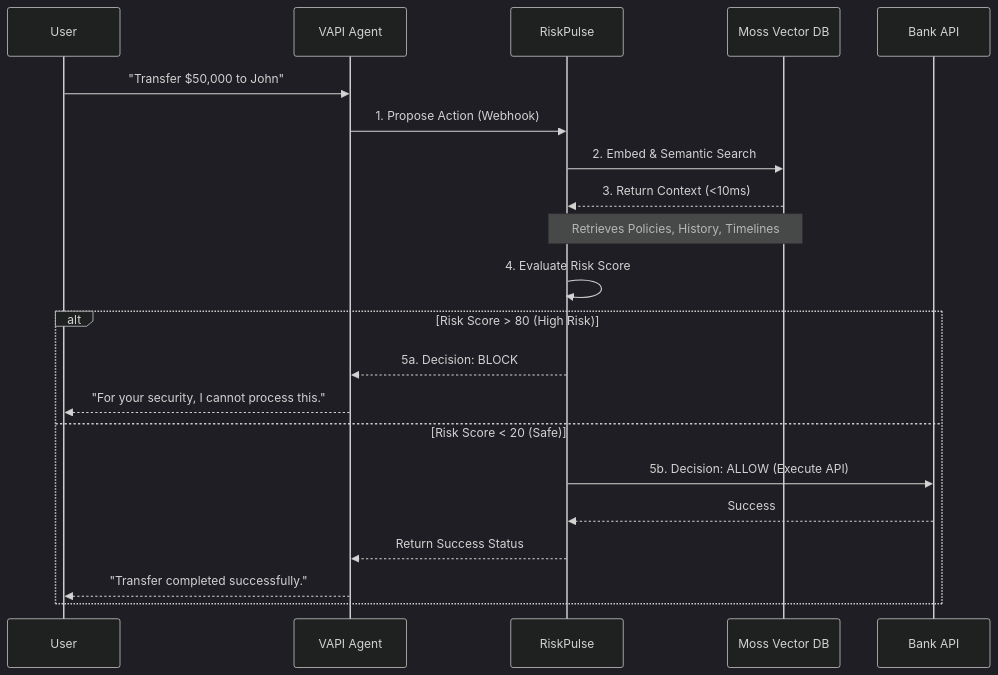
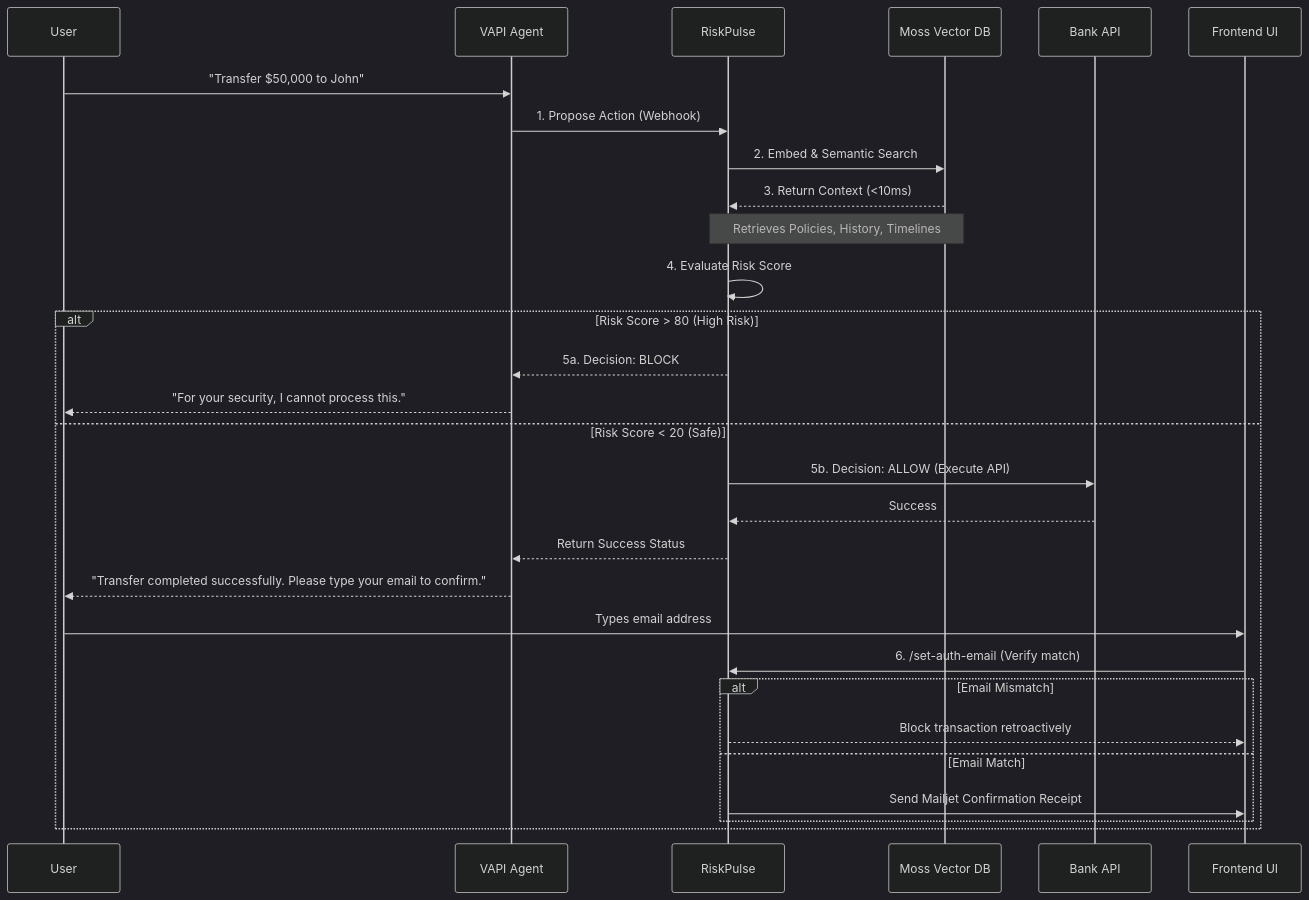
The second of 4 diagrams in README.md (shantanushinde99/Risk-Pulse-), drawn with Mermaid (dark theme) before and after one commit. The commit also changed other lines of this file, not shown here.

Commit message:
docs: update architecture and setup for email verification flow

````diff
--- a/README.md
+++ b/README.md
@@ -65,25 +66,33 @@
 ```mermaid
 sequenceDiagram
     participant U as User
     participant V as VAPI Agent
     participant RP as RiskPulse
     participant M as Moss Vector DB
     participant B as Bank API
+    participant UI as Frontend UI
 
     U->>V: "Transfer $50,000 to John"
     V->>RP: 1. Propose Action (Webhook)
     RP->>M: 2. Embed & Semantic Search
     M-->>RP: 3. Return Context (<10ms)
     Note over RP,M: Retrieves Policies, History, Timelines
     RP->>RP: 4. Evaluate Risk Score
 
     alt Risk Score > 80 (High Risk)
         RP-->>V: 5a. Decision: BLOCK
         V-->>U: "For your security, I cannot process this."
     else Risk Score < 20 (Safe)
         RP->>B: 5b. Decision: ALLOW (Execute API)
         B-->>RP: Success
         RP-->>V: Return Success Status
-        V-->>U: "Transfer completed successfully."
+        V-->>U: "Transfer completed successfully. Please type your email to confirm."
+        U->>UI: Types email address
+        UI->>RP: 6. /set-auth-email (Verify match)
+        alt Email Mismatch
+            RP-->>UI: Block transaction retroactively
+        else Email Match
+            RP->>UI: Send Mailjet Confirmation Receipt
+        end
     end
 ```
````
